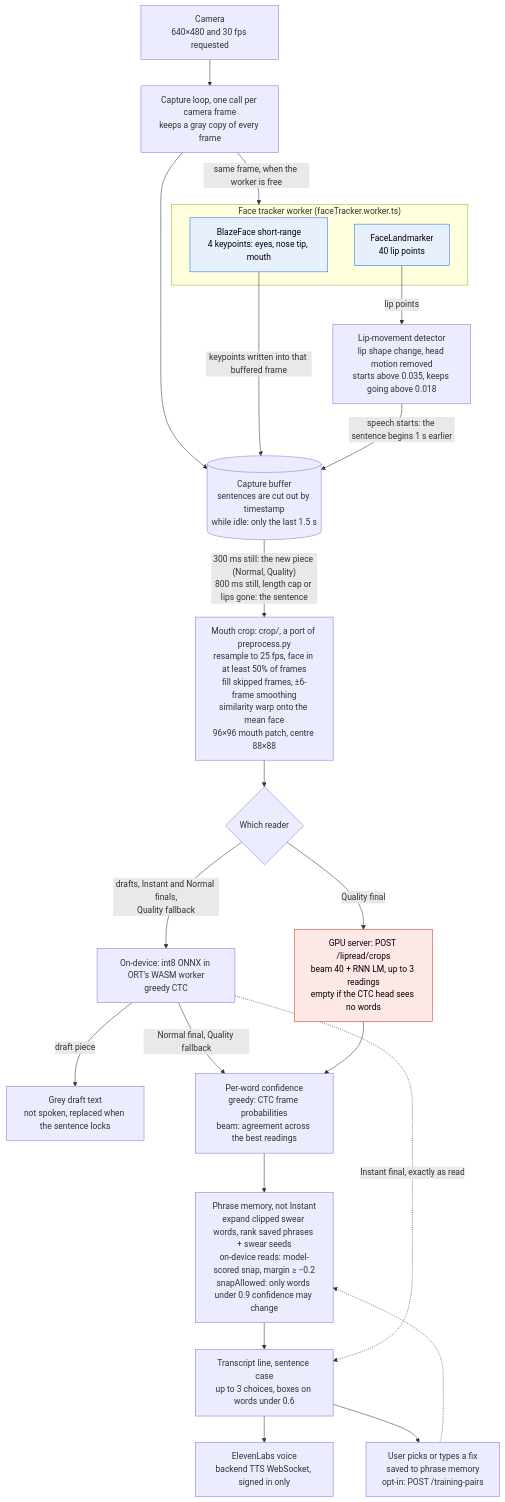
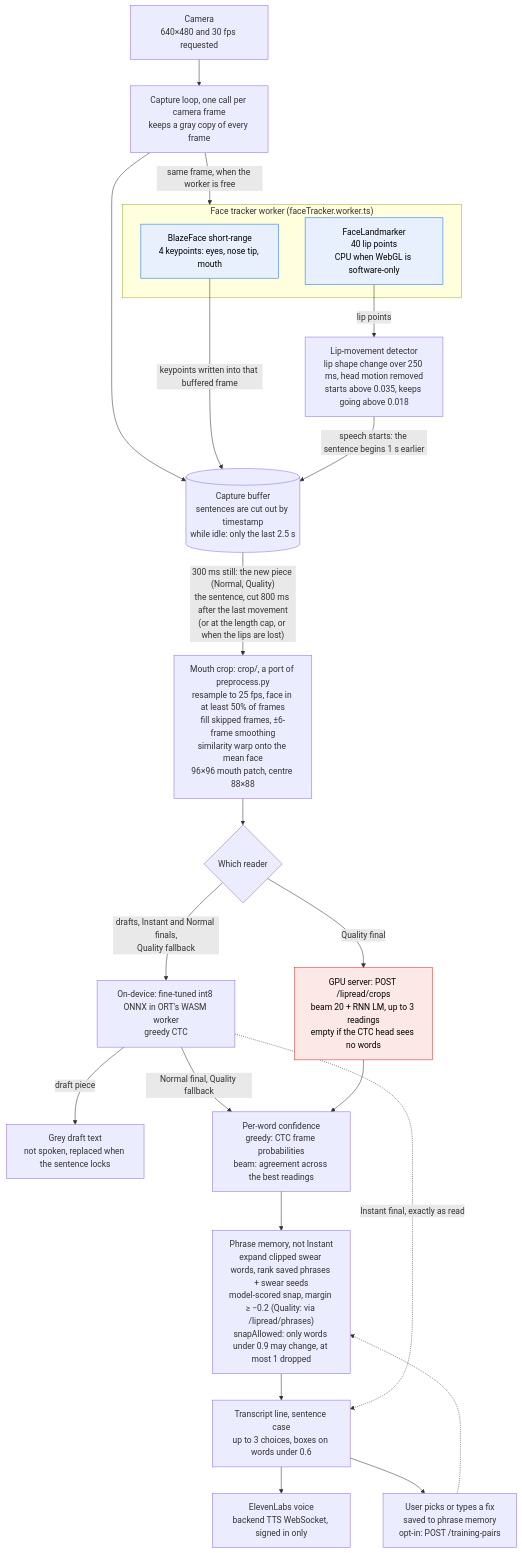
Before and after one commit to LMSAIH/stormhacks2026: the diagram in docs/architecture/lipread-pipeline.md, drawn with Mermaid. The commit also changed other lines of this file and 1 other file, not shown here.

First line of the commit message:
docs(architecture): pipeline and modes follow D82-D90

````diff
--- a/docs/architecture/lipread-pipeline.md
+++ b/docs/architecture/lipread-pipeline.md
@@ -9,48 +9,48 @@
 ```mermaid
 flowchart TD
   cam["Camera<br/>640×480 and 30 fps requested"]
   cap["Capture loop, one call per camera frame<br/>keeps a gray copy of every frame"]
-  buf[("Capture buffer<br/>sentences are cut out by timestamp<br/>while idle: only the last 1.5 s")]
+  buf[("Capture buffer<br/>sentences are cut out by timestamp<br/>while idle: only the last 2.5 s")]
 
   subgraph wk["Face tracker worker (faceTracker.worker.ts)"]
     bf["BlazeFace short-range<br/>4 keypoints: eyes, nose tip, mouth"]
-    fl["FaceLandmarker<br/>40 lip points"]
+    fl["FaceLandmarker<br/>40 lip points<br/>CPU when WebGL is software-only"]
   end
 
-  vad["Lip-movement detector<br/>lip shape change, head motion removed<br/>starts above 0.035, keeps going above 0.018"]
+  vad["Lip-movement detector<br/>lip shape change over 250 ms, head motion removed<br/>starts above 0.035, keeps going above 0.018"]
   crop["Mouth crop: crop/, a port of preprocess.py<br/>resample to 25 fps, face in at least 50% of frames<br/>fill skipped frames, ±6-frame smoothing<br/>similarity warp onto the mean face<br/>96×96 mouth patch, centre 88×88"]
   which{"Which reader"}
-  local["On-device: int8 ONNX in ORT's WASM worker<br/>greedy CTC"]
-  server["GPU server: POST /lipread/crops<br/>beam 40 + RNN LM, up to 3 readings<br/>empty if the CTC head sees no words"]
+  local["On-device: fine-tuned int8 ONNX in ORT's WASM worker<br/>greedy CTC"]
+  server["GPU server: POST /lipread/crops<br/>beam 20 + RNN LM, up to 3 readings<br/>empty if the CTC head sees no words"]
   draft["Grey draft text<br/>not spoken, replaced when the sentence locks"]
   conf["Per-word confidence<br/>greedy: CTC frame probabilities<br/>beam: agreement across the best readings"]
-  mem["Phrase memory, not Instant<br/>expand clipped swear words, rank saved phrases + swear seeds<br/>on-device reads: model-scored snap, margin ≥ −0.2<br/>snapAllowed: only words under 0.9 confidence may change"]
+  mem["Phrase memory, not Instant<br/>expand clipped swear words, rank saved phrases + swear seeds<br/>model-scored snap, margin ≥ −0.2 (Quality: via /lipread/phrases)<br/>snapAllowed: only words under 0.9 may change, at most 1 dropped"]
   line["Transcript line, sentence case<br/>up to 3 choices, boxes on words under 0.6"]
   tts["ElevenLabs voice<br/>backend TTS WebSocket, signed in only"]
   fix["User picks or types a fix<br/>saved to phrase memory<br/>opt-in: POST /training-pairs"]
 
   cam --> cap
   cap --> buf
   cap -->|"same frame, when the worker is free"| wk
   bf -->|"keypoints written into that buffered frame"| buf
   fl -->|"lip points"| vad
   vad -->|"speech starts: the sentence begins 1 s earlier"| buf
-  buf -->|"300 ms still: the new piece (Normal, Quality)<br/>800 ms still, length cap or lips gone: the sentence"| crop
+  buf -->|"300 ms still: the new piece (Normal, Quality)<br/>the sentence, cut 800 ms after the last movement<br/>(or at the length cap, or when the lips are lost)"| crop
   crop --> which
   which -->|"drafts, Instant and Normal finals,<br/>Quality fallback"| local
   which -->|"Quality final"| server
   local -->|"draft piece"| draft
   local -->|"Normal final, Quality fallback"| conf
   server --> conf
   conf --> mem
   mem --> line
   local -.->|"Instant final, exactly as read"| line
   line --> tts
   line --> fix
   fix -.-> mem
 
   classDef worker fill:#e8f0fe,stroke:#1a73e8,color:#000
   classDef gpu fill:#fce8e6,stroke:#d93025,color:#000
   class bf,fl worker
   class server gpu
 ```
````
